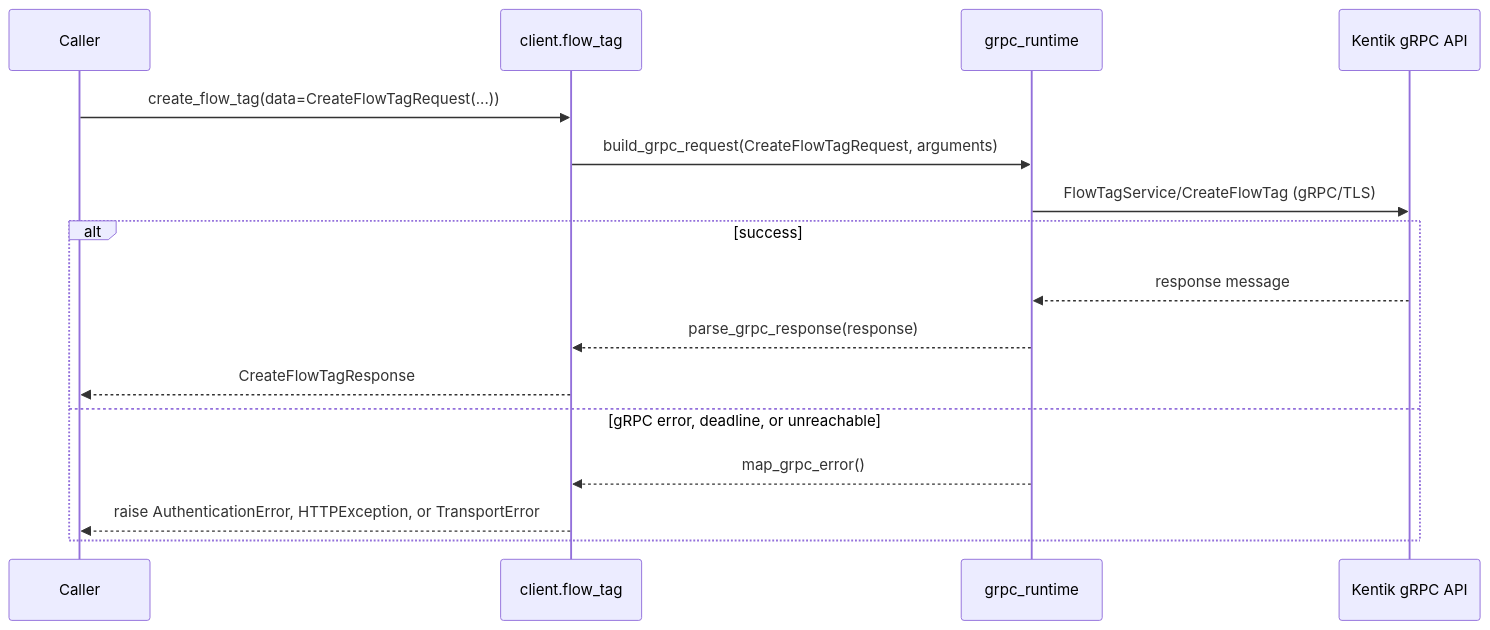
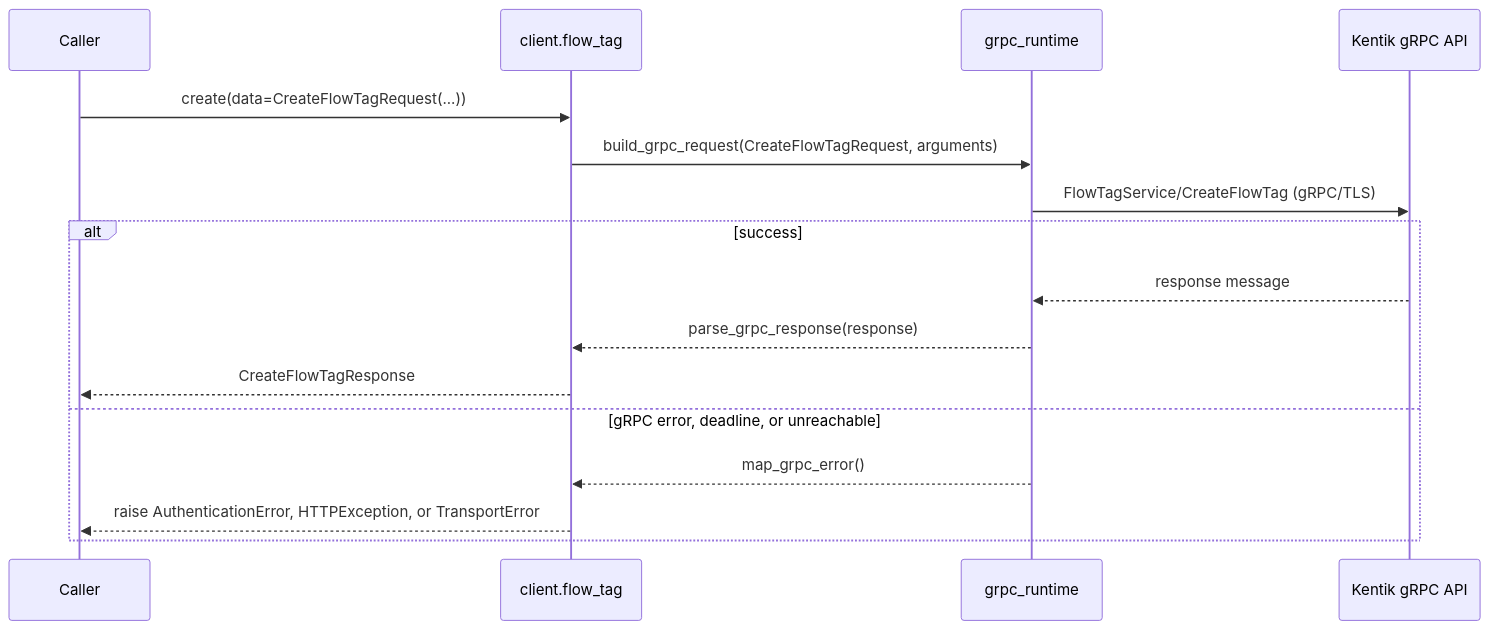
One commit to alexdearaujo/community_sdk_python changed the fifth of 12 diagrams in docs/sphinx/services/flow_tag.md. Above: the diagram before and after it, drawn with Mermaid. The commit also changed other lines of this file and 119 other files, not shown here.

````diff
--- a/docs/sphinx/services/flow_tag.md
+++ b/docs/sphinx/services/flow_tag.md
@@ -137,19 +137,19 @@
 ```mermaid
 sequenceDiagram
     participant C as Caller
     participant W as client.flow_tag
     participant R as grpc_runtime
     participant API as Kentik gRPC API
 
-    C->>W: create_flow_tag(data=CreateFlowTagRequest(...))
+    C->>W: create(data=CreateFlowTagRequest(...))
     W->>R: build_grpc_request(CreateFlowTagRequest, arguments)
     R->>API: FlowTagService/CreateFlowTag (gRPC/TLS)
     alt success
         API-->>R: response message
         R-->>W: parse_grpc_response(response)
         W-->>C: CreateFlowTagResponse
     else gRPC error, deadline, or unreachable
         R-->>W: map_grpc_error()
         W-->>C: raise AuthenticationError, HTTPException, or TransportError
     end
 ```
````
